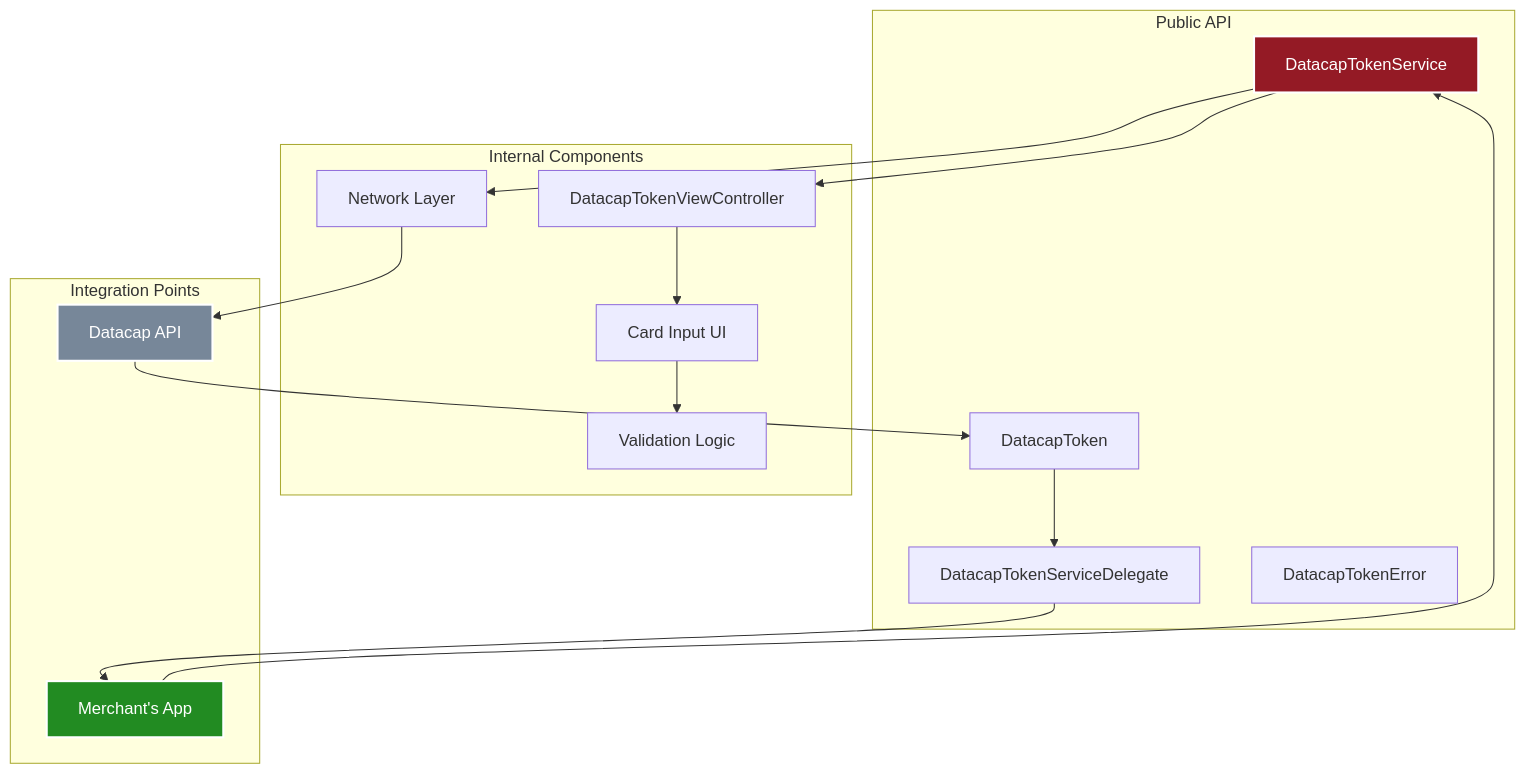
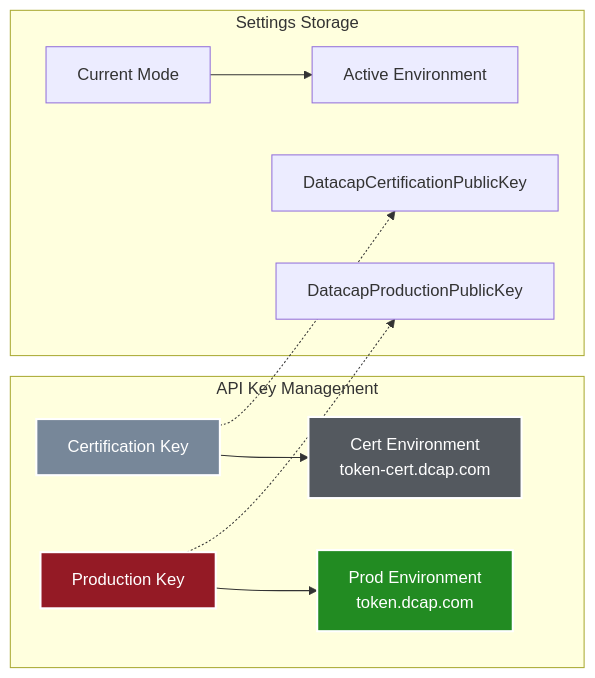
The third of 3 diagrams in README.md (datacapsystems/Datacap-MobileToken-iOS-2025), drawn with Mermaid before and after one commit. The commit also changed other lines of this file and 7 other files, not shown here.

First line of the commit message:
feat: Complete production API integration with dual key support

````diff
--- a/README.md
+++ b/README.md
@@ -102,35 +89,18 @@
 ```mermaid
-graph TB
-    subgraph "Public API"
-        DTS[DatacapTokenService]
-        DEL[DatacapTokenServiceDelegate]
-        TOK[DatacapToken]
-        ERR[DatacapTokenError]
+graph LR
+    subgraph "API Key Management"
+        CERT[Certification Key] --> CERTENV[Cert Environment<br/>token-cert.dcap.com]
+        PROD[Production Key] --> PRODENV[Prod Environment<br/>token.dcap.com]
     end
     
-    subgraph "Internal Components"
-        DTVC[DatacapTokenViewController]
-        CARD[Card Input UI]
-        VAL[Validation Logic]
-        NET[Network Layer]
+    subgraph "Settings Storage"
+        CERT -.-> CS[DatacapCertificationPublicKey]
+        PROD -.-> PS[DatacapProductionPublicKey]
+        MODE[Current Mode] --> ACTIVE[Active Environment]
     end
     
-    subgraph "Integration Points"
-        APP[Merchant's App]
-        API[Datacap API]
-    end
-    
-    APP --> DTS
-    DTS --> DTVC
-    DTVC --> CARD
-    CARD --> VAL
-    DTS --> NET
-    NET --> API
-    API --> TOK
-    TOK --> DEL
-    DEL --> APP
-    
-    style DTS fill:#941a25,stroke:#fff,stroke-width:2px,color:#fff
-    style APP fill:#228b22,stroke:#fff,stroke-width:2px,color:#fff
-    style API fill:#778799,stroke:#fff,stroke-width:2px,color:#fff
+    style CERT fill:#778799,stroke:#fff,stroke-width:2px,color:#fff
+    style PROD fill:#941a25,stroke:#fff,stroke-width:2px,color:#fff
+    style CERTENV fill:#54595f,stroke:#fff,stroke-width:2px,color:#fff
+    style PRODENV fill:#228b22,stroke:#fff,stroke-width:2px,color:#fff
 ```
````
